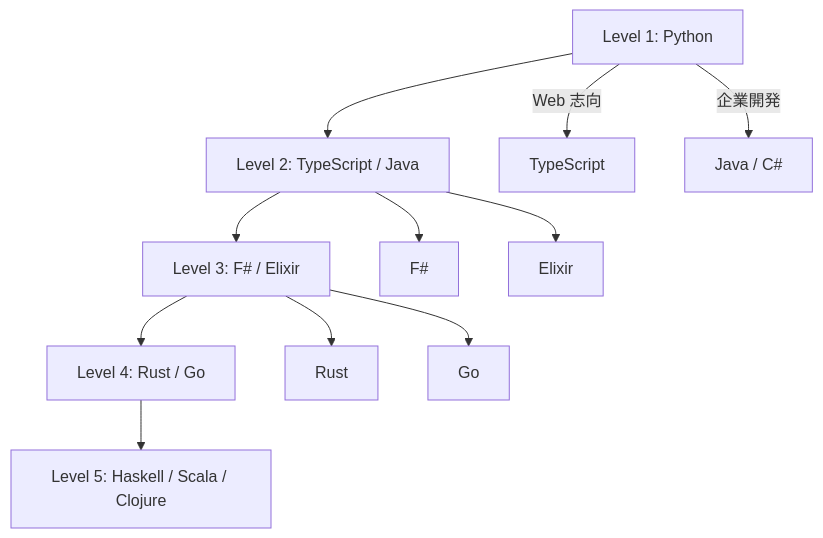
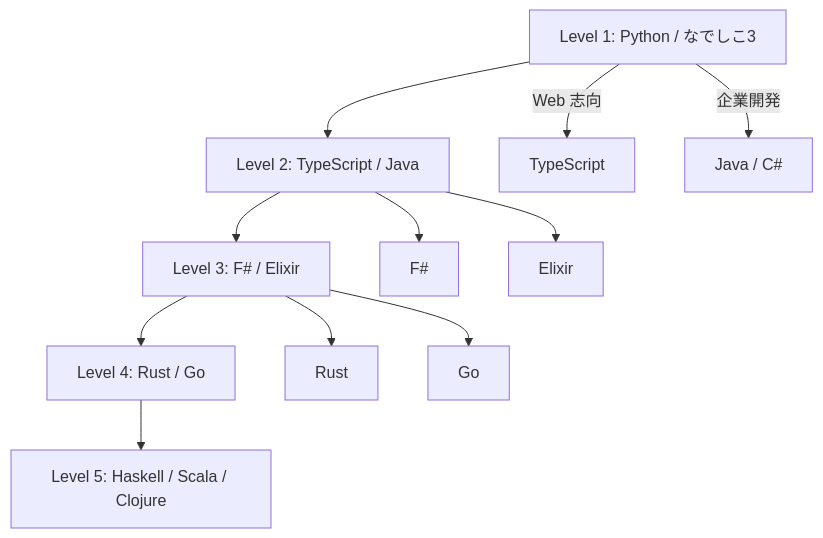
The second of 2 diagrams in docs/article/all/07-comprehensive-comparison.md (k2works/getting-started-algorithm), drawn with Mermaid before and after one commit. The commit also changed other lines of this file and 7 other files, not shown here.

````diff
--- a/docs/article/all/07-comprehensive-comparison.md
+++ b/docs/article/all/07-comprehensive-comparison.md
@@ -165,14 +173,14 @@
 ```mermaid
 graph TD
-    A[Level 1: Python] --> B[Level 2: TypeScript / Java]
+    A[Level 1: Python / なでしこ3] --> B[Level 2: TypeScript / Java]
     B --> C[Level 3: F# / Elixir]
     C --> D[Level 4: Rust / Go]
     D --> E[Level 5: Haskell / Scala / Clojure]
 
     A -->|Web 志向| B1[TypeScript]
     A -->|企業開発| B2[Java / C#]
     B --> C1[F#]
     B --> C2[Elixir]
     C --> D1[Rust]
     C --> D2[Go]
 ```
````
